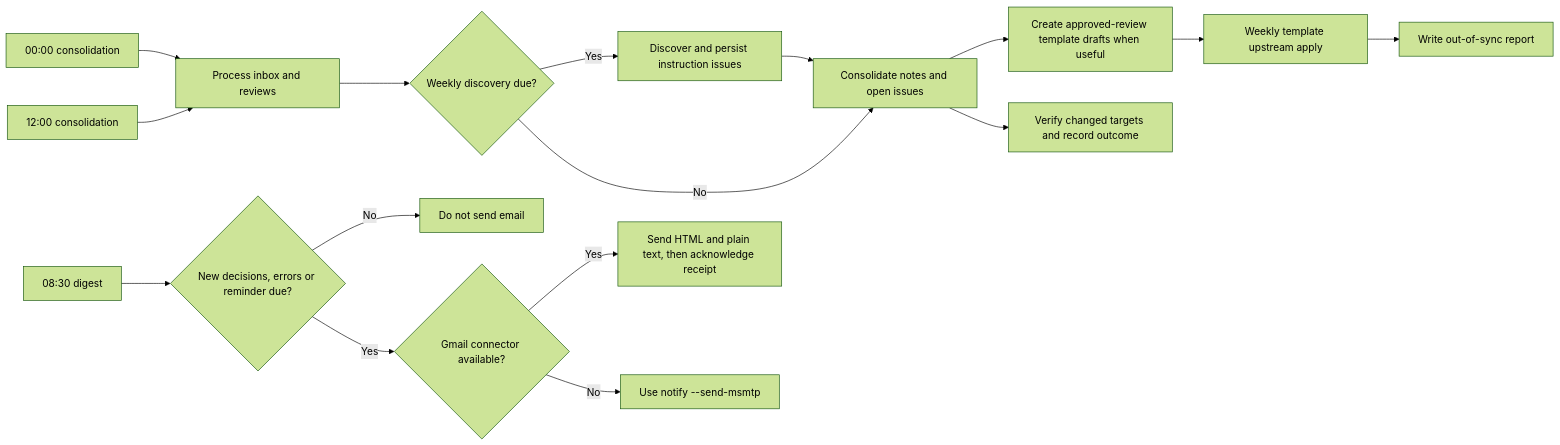
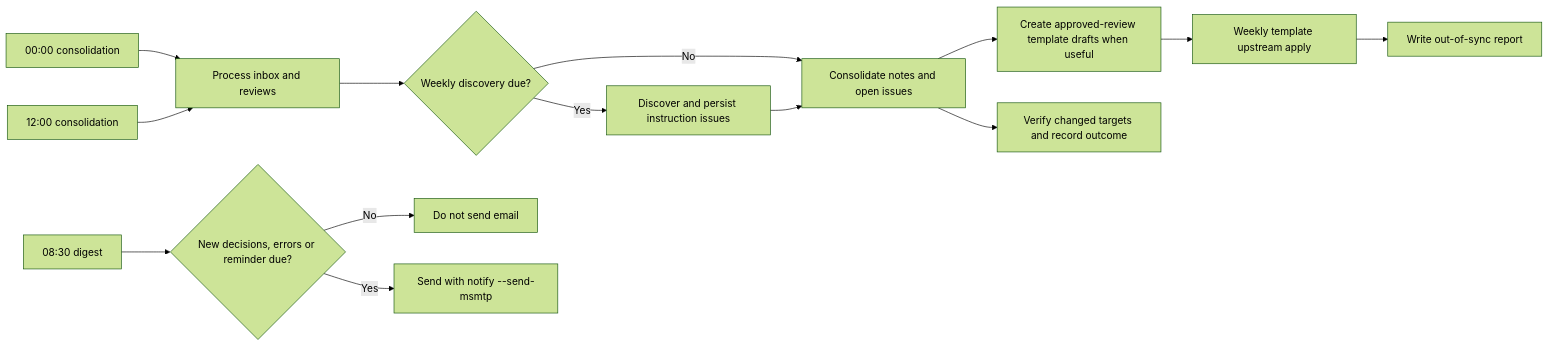
The sixth of 6 diagrams in README.md (marcomc/agent-learning-system), drawn with Mermaid (forest theme) before and after one commit. The commit also changed other lines of this file and 22 other files, not shown here.

````diff
--- a/README.md
+++ b/README.md
@@ -457,20 +473,18 @@
 ```mermaid
 flowchart LR
   accTitle: Scheduled automation flow
   accDescr: Shows consolidation and review email automation paths.
   midnight["00:00 consolidation"] --> consolidate["Process inbox and reviews"]
   noon["12:00 consolidation"] --> consolidate
   consolidate --> weekly_due{"Weekly discovery due?"}
   weekly_due -->|Yes| audit["Discover and persist instruction issues"]
   weekly_due -->|No| promote["Consolidate notes and open issues"]
   audit --> promote
   promote --> draft["Create approved-review template drafts when useful"]
   promote --> report["Verify changed targets and record outcome"]
   draft --> template["Weekly template upstream apply"]
   template --> refresh["Write out-of-sync report"]
   morning["08:30 digest"] --> pending{"New decisions, errors or reminder due?"}
   pending -->|No| quiet["Do not send email"]
-  pending -->|Yes| gmail{"Gmail connector available?"}
-  gmail -->|Yes| send_gmail["Send HTML and plain text, then acknowledge receipt"]
-  gmail -->|No| send_msmtp["Use notify --send-msmtp"]
+  pending -->|Yes| send_msmtp["Send with notify --send-msmtp"]
 ```
````
